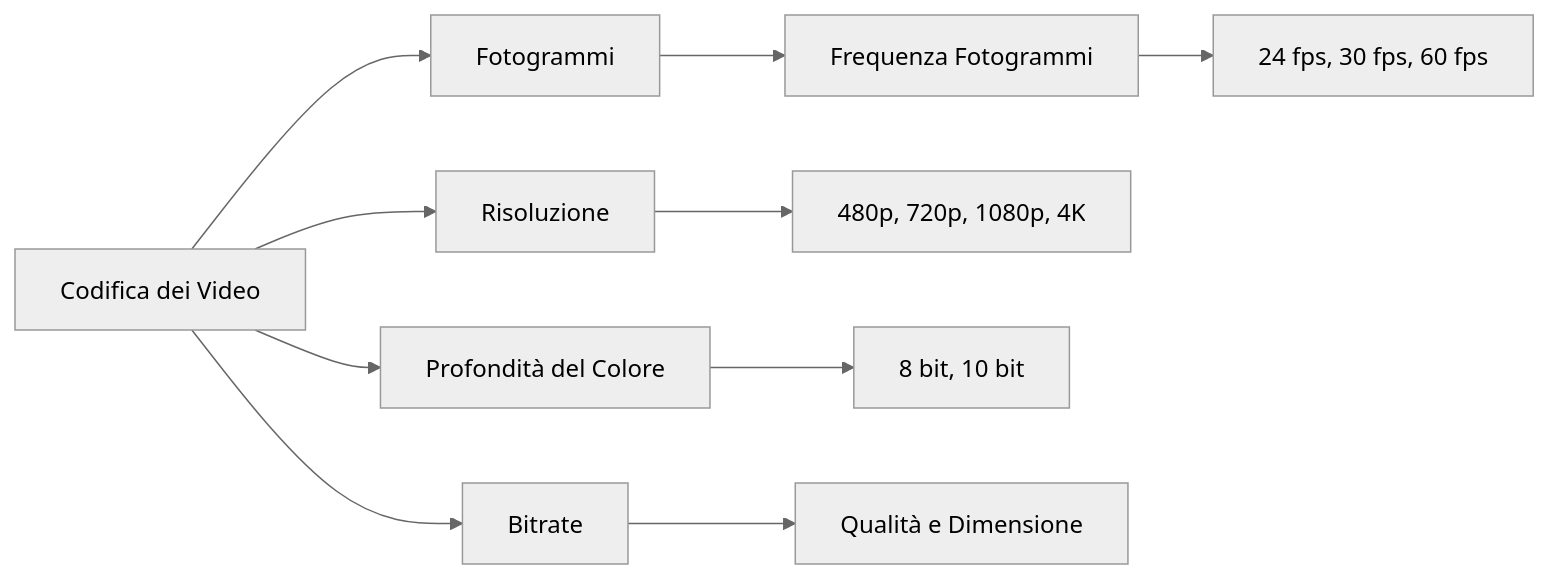
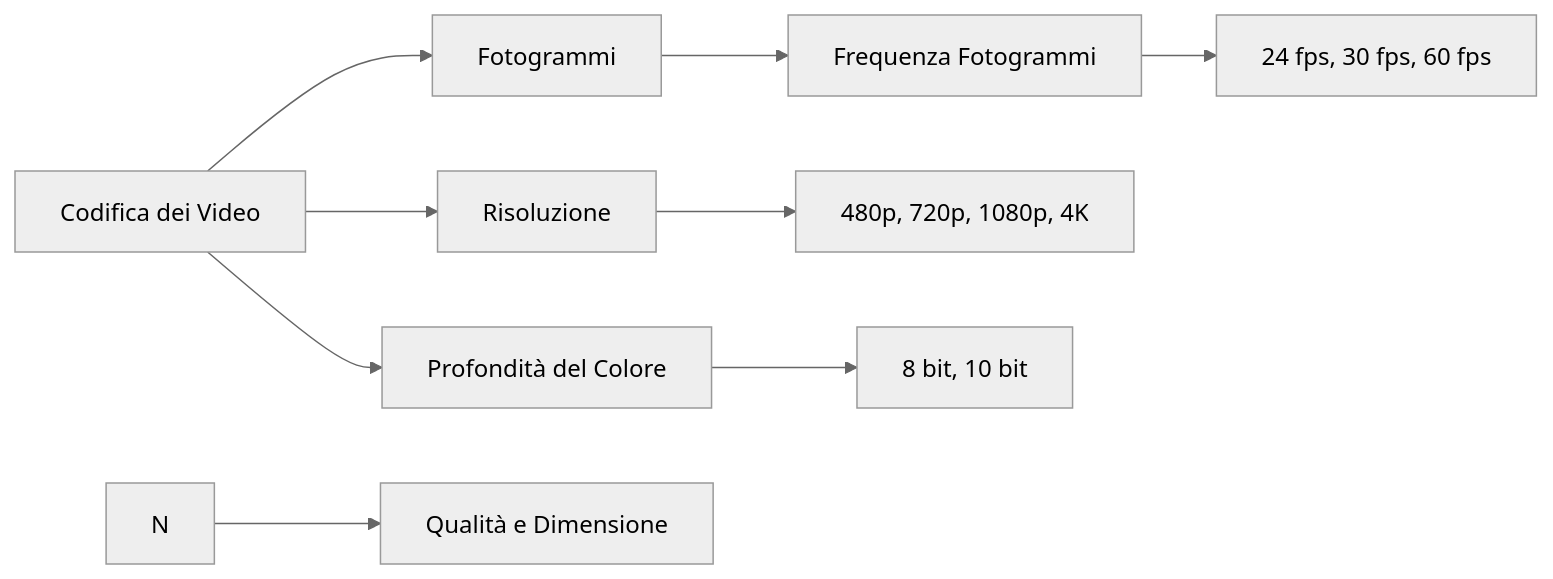
Before and after one commit to Federob/infohandouts: the diagram in docs/infoCoding/04_digit_video.md, drawn with Mermaid (neutral theme). The commit also changed other lines of this file and 2 other files, not shown here.

Commit message:
bitrate update in file

````diff
--- a/docs/infoCoding/04_digit_video.md
+++ b/docs/infoCoding/04_digit_video.md
@@ -56,12 +47,11 @@
 ```mermaid
 graph LR
     A[Codifica dei Video] --> B[Fotogrammi]
     B --> C[Frequenza Fotogrammi]
     C --> D[24 fps, 30 fps, 60 fps]
     A --> E[Risoluzione]
     E --> F[480p, 720p, 1080p, 4K]
     A --> G[Profondità del Colore]
     G --> H[8 bit, 10 bit]
-    A --> N[Bitrate]
     N --> O[Qualità e Dimensione]
 ```
````
